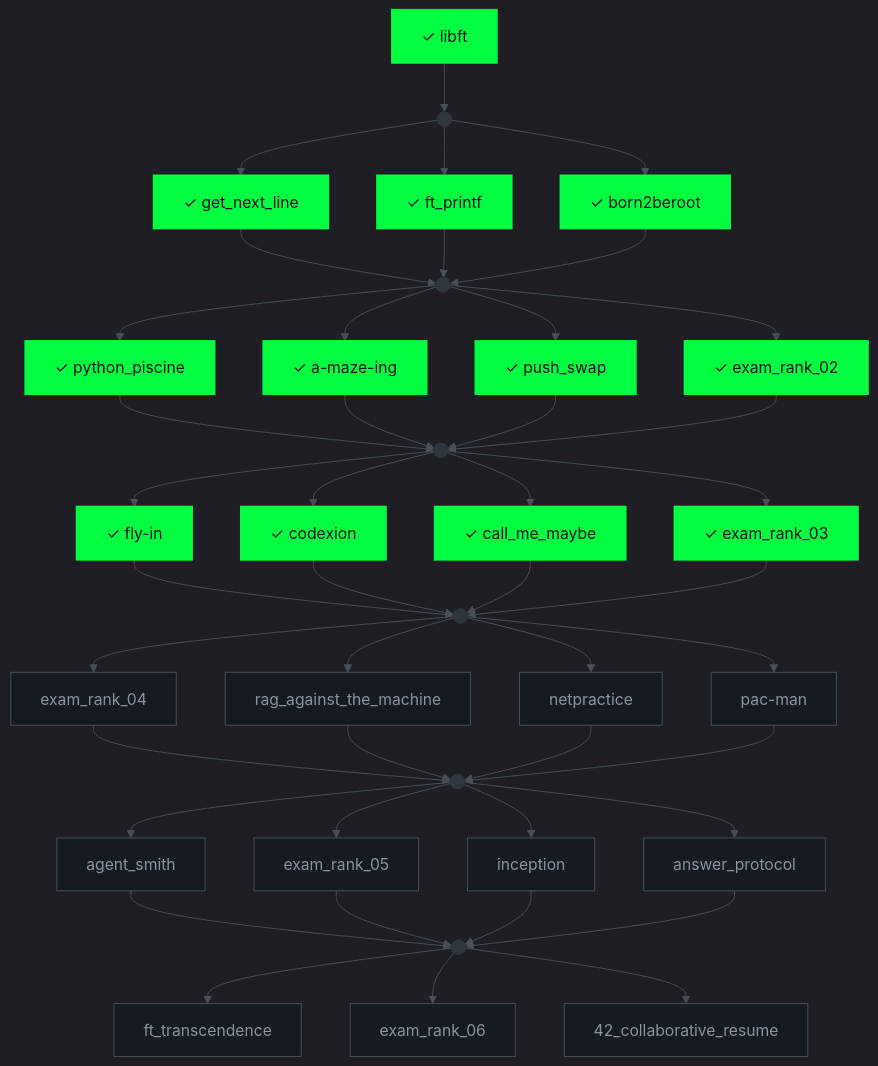
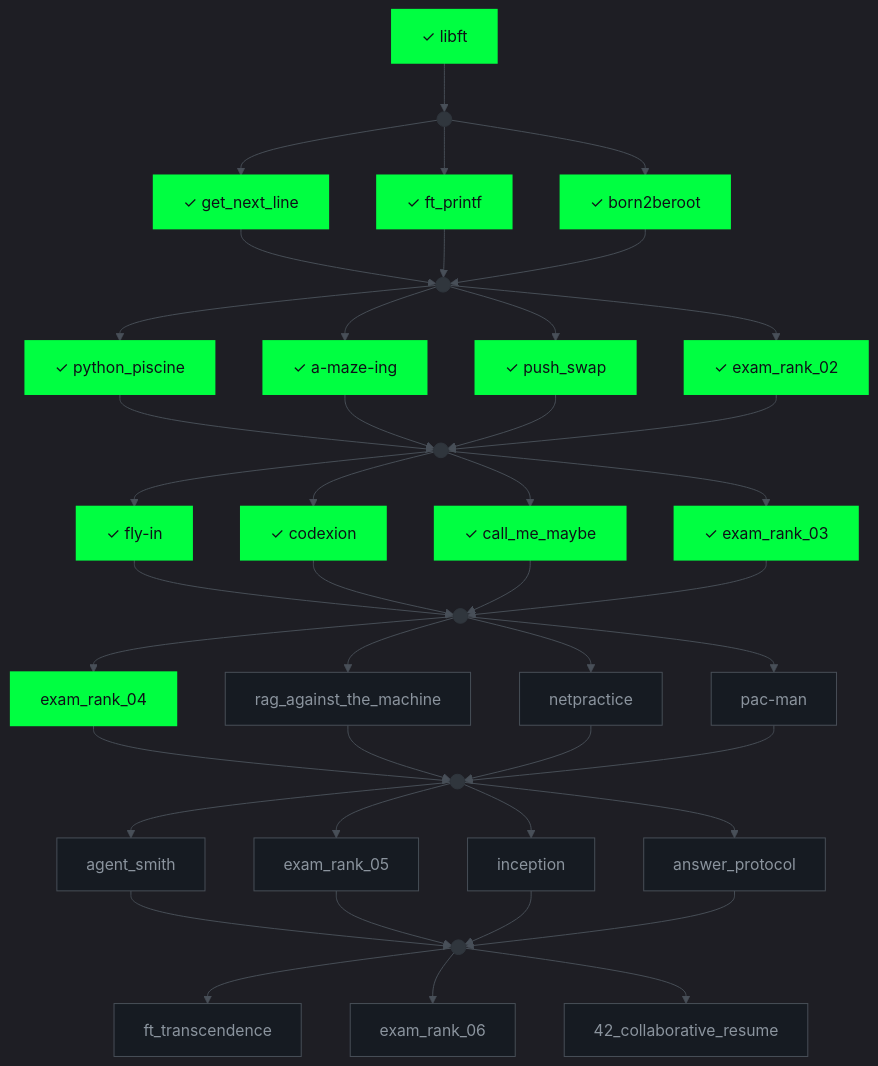
The diagram in README.md (bettercallmefifi/bettercallmefifi), drawn with Mermaid before and after one commit.

Commit message:
Update exam_rank_04 status from todo to done

````diff
--- a/README.md
+++ b/README.md
@@ -56,60 +56,60 @@
 ```mermaid
 %%{init: {'theme':'dark','themeVariables':{'primaryColor':'#0D1117','primaryTextColor':'#C9D1D9','primaryBorderColor':'#30363D','lineColor':'#484F58','fontFamily':'monospace','fontSize':'16px'}}}%%
 graph TD
     LIB["✓ libft"]:::done --> G0((" ")):::gate
     G0 --> GNL["✓ get_next_line"]:::done
     G0 --> FP["✓ ft_printf"]:::done
     G0 --> B2B["✓ born2beroot"]:::done
 
     GNL --> G1((" ")):::gate
     FP --> G1
     B2B --> G1
 
     G1 --> PY["✓ python_piscine"]:::done
     G1 --> AM["✓ a-maze-ing"]:::done
     G1 --> PS["✓ push_swap"]:::done
     G1 --> E2["✓ exam_rank_02"]:::done
 
     PY --> G2((" ")):::gate
     AM --> G2
     PS --> G2
     E2 --> G2
 
     G2 --> FI["✓ fly-in"]:::done
     G2 --> CX["✓ codexion"]:::done
     G2 --> CMM["✓ call_me_maybe"]:::done
     G2 --> E3["✓ exam_rank_03"]:::done
 
     FI --> G3((" ")):::gate
     CX --> G3
     CMM --> G3
     E3 --> G3
 
-    G3 --> E4["exam_rank_04"]:::todo
+    G3 --> E4["exam_rank_04"]:::done
     G3 --> RAG["rag_against_the_machine"]:::todo
     G3 --> NP["netpractice"]:::todo
     G3 --> PM["pac-man"]:::todo
 
     E4 --> G4((" ")):::gate
     RAG --> G4
     NP --> G4
     PM --> G4
 
     G4 --> AS["agent_smith"]:::todo
     G4 --> E5["exam_rank_05"]:::todo
     G4 --> INC["inception"]:::todo
     G4 --> AP["answer_protocol"]:::todo
 
     AS --> G5((" ")):::gate
     E5 --> G5
     INC --> G5
     AP --> G5
 
     G5 --> FT["ft_transcendence"]:::todo
     G5 --> E6["exam_rank_06"]:::todo
     G5 --> CR["42_collaborative_resume"]:::todo
 
     classDef done fill:#00FF41,stroke:#00FF41,color:#0D1117,stroke-width:2px
     classDef todo fill:#161B22,stroke:#484F58,color:#8B949E
     classDef gate fill:#30363D,stroke:#30363D,color:#30363D
 ```
````
